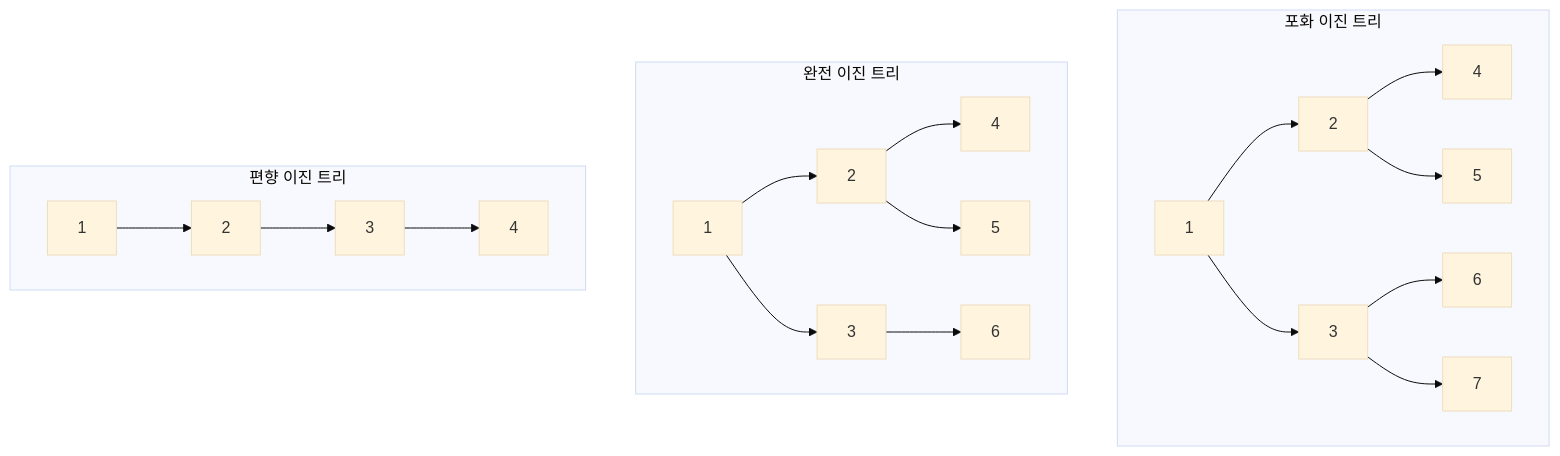
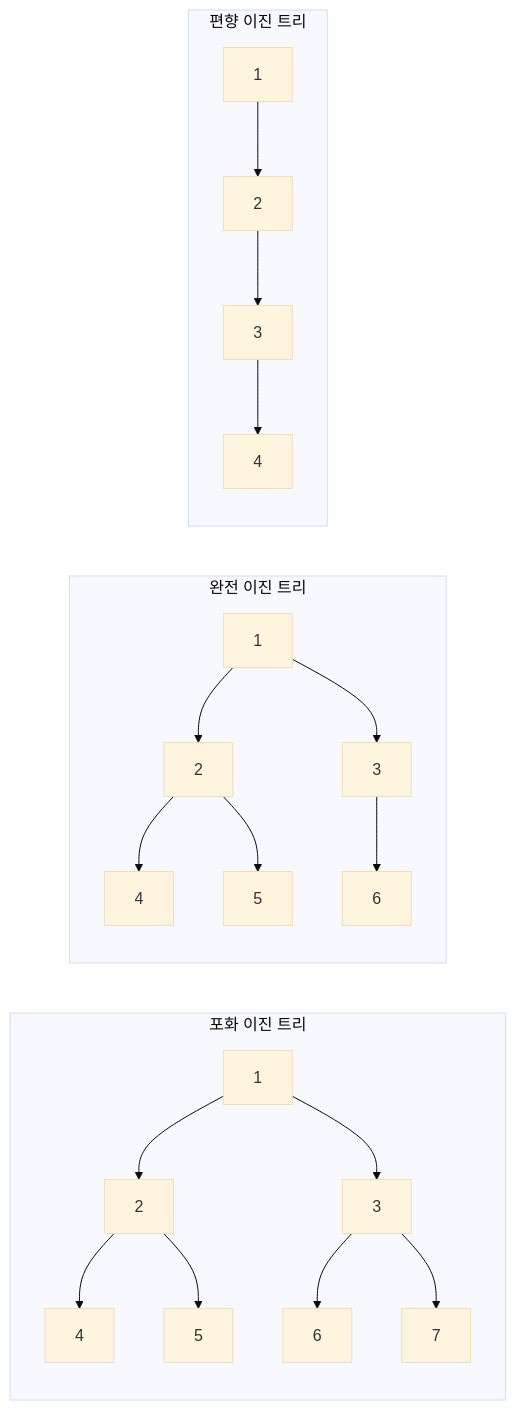
Before and after one commit to nugurejeil/weniVooks: the second of 4 diagrams in _md/essentials-codingtest/chapter03/03-4.md, drawn with Mermaid (base theme). The commit also changed other lines of this file and 2 other files, not shown here.

````diff
--- a/_md/essentials-codingtest/chapter03/03-4.md
+++ b/_md/essentials-codingtest/chapter03/03-4.md
@@ -63,25 +55,28 @@
 ```mermaid
-graph TD
+graph LR
     subgraph "포화 이진 트리"
-    A1[1] --> A2[2]
-    A1 --> A3[3]
-    A2 --> A4[4]
-    A2 --> A5[5]
-    A3 --> A6[6]
-    A3 --> A7[7]
+        direction TB
+        A1["1"] --> A2["2"]
+        A1 --> A3["3"]
+        A2 --> A4["4"]
+        A2 --> A5["5"]
+        A3 --> A6["6"]
+        A3 --> A7["7"]
     end
 
     subgraph "완전 이진 트리"
-    B1[1] --> B2[2]
-    B1 --> B3[3]
-    B2 --> B4[4]
-    B2 --> B5[5]
-    B3 --> B6[6]
+        direction TB
+        B1["1"] --> B2["2"]
+        B1 --> B3["3"]
+        B2 --> B4["4"]
+        B2 --> B5["5"]
+        B3 --> B6["6"]
     end
 
     subgraph "편향 이진 트리"
-    C1[1] --> C2[2]
-    C2 --> C3[3]
-    C3 --> C4[4]
+        direction TB
+        C1["1"] --> C2["2"]
+        C2 --> C3["3"]
+        C3 --> C4["4"]
     end
 ```
````
